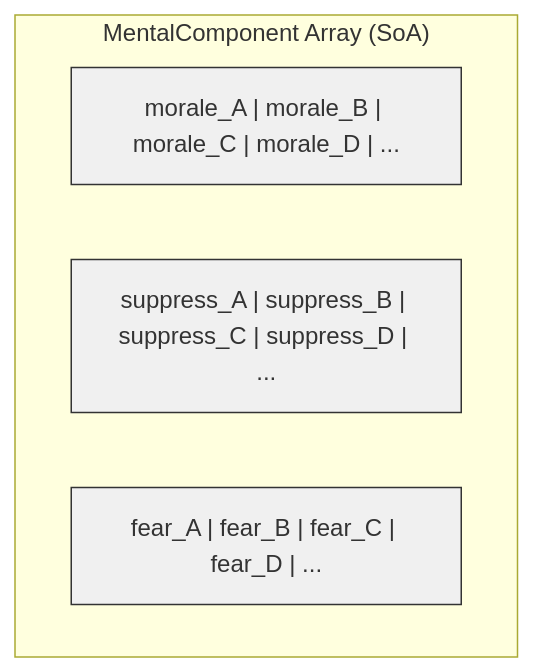
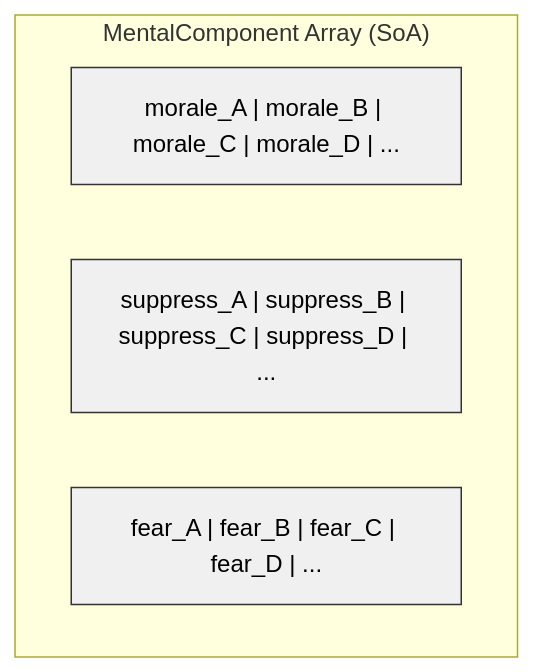
The seventh of 8 diagrams in appendix_b_unit_attribute_systems.md (jukofyork/close-combat-architecture-study), drawn with Mermaid before and after one commit. The commit also changed other lines of this file and 15 other files, not shown here.

````diff
--- a/appendix_b_unit_attribute_systems.md
+++ b/appendix_b_unit_attribute_systems.md
@@ -1760,12 +1760,12 @@
 ```mermaid
 flowchart TB
     subgraph MentalComponent["MentalComponent Array (SoA)"]
         M1["morale_A | morale_B | morale_C | morale_D | ..."]
         M2["suppress_A | suppress_B | suppress_C | suppress_D | ..."]
         M3["fear_A | fear_B | fear_C | fear_D | ..."]
     end
 
-    classDef default fill:#fff,stroke:#000,stroke-width:1px
-    classDef light fill:#f0f0f0,stroke:#333,stroke-width:1px
+    classDef default fill:#fff,stroke:#000,stroke-width:1px,color:#000
+    classDef light fill:#f0f0f0,stroke:#333,stroke-width:1px,color:#000
     class M1,M2,M3 light
 ```
````
